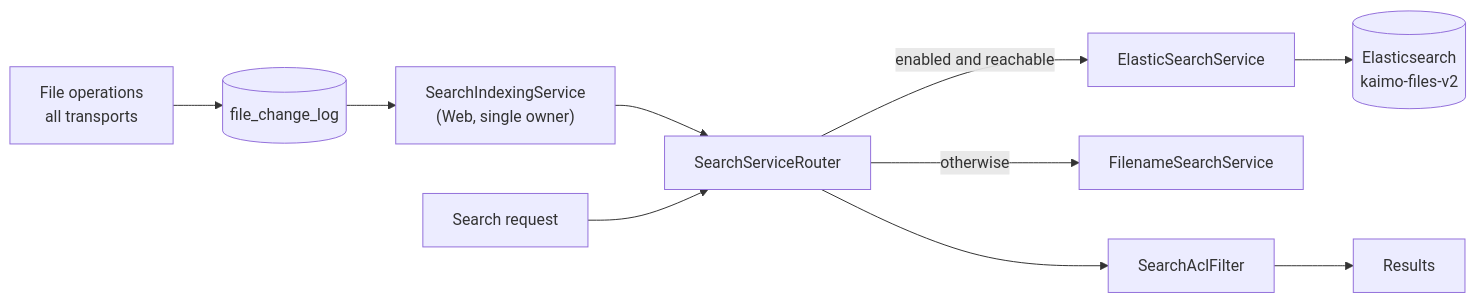
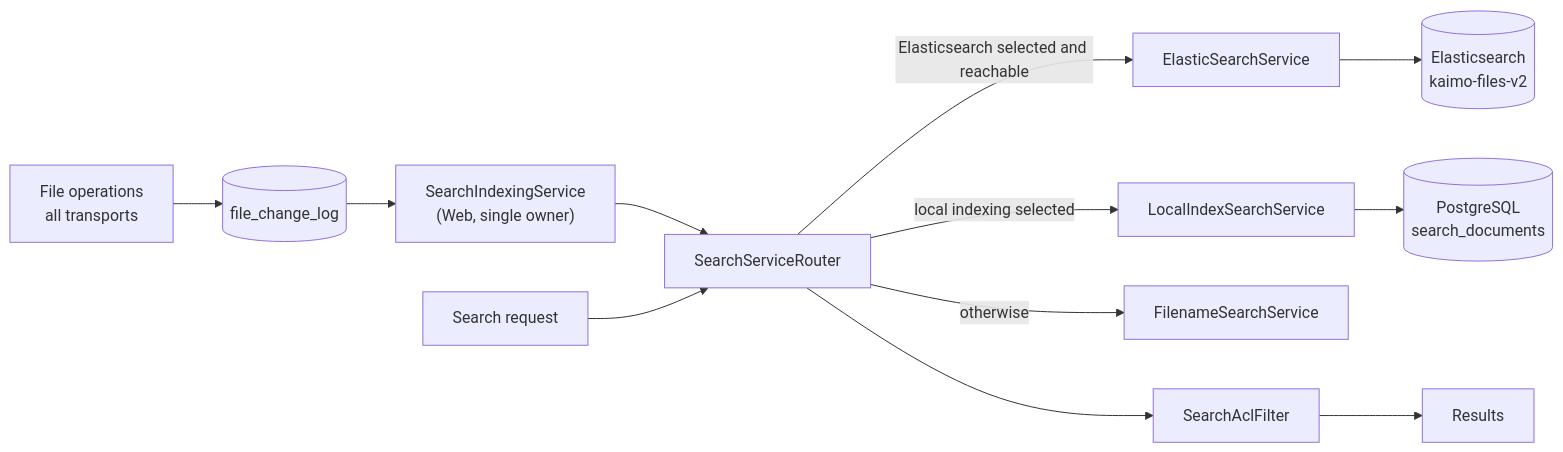
The diagram in docu/subsystems/search-indexing.md (KaimoSystemSolutions/kaimo_file_server), drawn with Mermaid before and after one commit. The commit also changed other lines of this file and 44 other files, not shown here.

Commit message:
Implemented and own index based search if ES is not used > Works exactly the same as ES, just not so fast > Now Base64 blocks will not be indexed from ES or the custom index > Now searching in recycle bins can be enabled

````diff
--- a/docu/subsystems/search-indexing.md
+++ b/docu/subsystems/search-indexing.md
@@ -16,10 +18,11 @@
 ```mermaid
 flowchart LR
     ops[File operations<br/>all transports] --> log[(file_change_log)]
     log --> idx["SearchIndexingService<br/>(Web, single owner)"]
     idx --> router[SearchServiceRouter]
-    router -->|enabled and reachable| es[ElasticSearchService] --> ES[(Elasticsearch<br/>kaimo-files-v2)]
+    router -->|Elasticsearch selected and reachable| es[ElasticSearchService] --> ES[(Elasticsearch<br/>kaimo-files-v2)]
+    router -->|local indexing selected| li[LocalIndexSearchService] --> PG[(PostgreSQL<br/>search_documents)]
     router -->|otherwise| fn[FilenameSearchService]
     q[Search request] --> router
     router --> acl[SearchAclFilter] --> res[Results]
 ```
````
